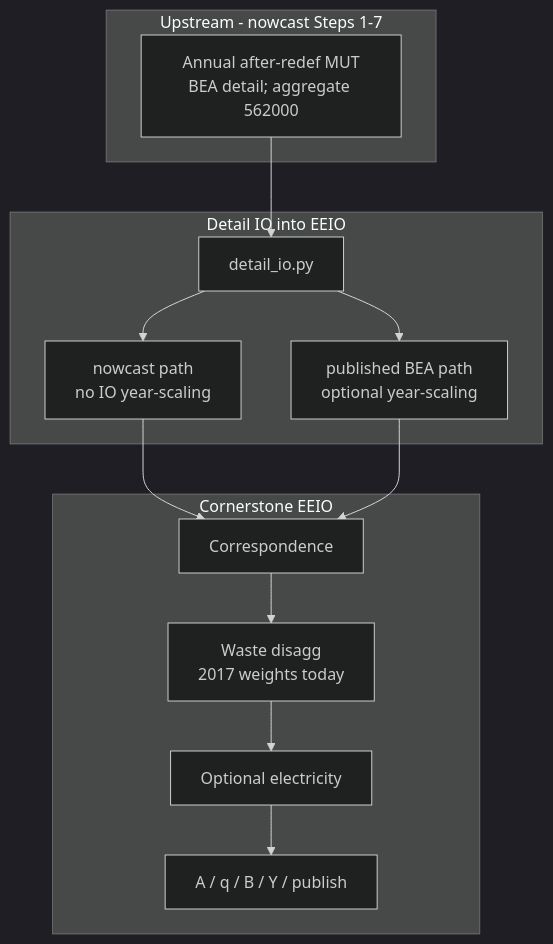
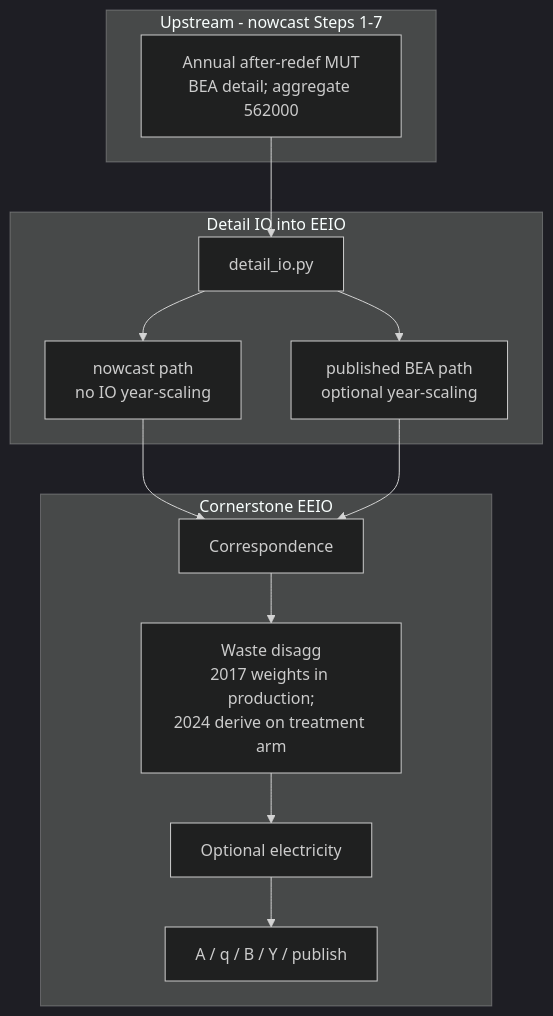
The first of 2 diagrams in bedrock/analysis/nowcasting/waste_disaggregation/feasibility_multi_year_weights.md (cornerstone-data/bedrock), drawn with Mermaid (dark theme) before and after one commit. The commit also changed other lines of this file and 36 other files, not shown here.

Commit message:
Implement 2024 waste disagg csvs

````diff
--- a/bedrock/analysis/nowcasting/waste_disaggregation/feasibility_multi_year_weights.md
+++ b/bedrock/analysis/nowcasting/waste_disaggregation/feasibility_multi_year_weights.md
@@ -79,21 +96,21 @@
 ```mermaid
 flowchart TD
   subgraph upstream [Upstream - nowcast Steps 1-7]
     MUT["Annual after-redef MUT<br/>BEA detail; aggregate 562000"]
   end
   subgraph ioPath [Detail IO into EEIO]
     Router["detail_io.py"]
     NowcastLoad["nowcast path<br/>no IO year-scaling"]
     LegacyLoad["published BEA path<br/>optional year-scaling"]
   end
   subgraph eeio [Cornerstone EEIO]
     Corresp["Correspondence"]
-    Waste["Waste disagg<br/>2017 weights today"]
+    Waste["Waste disagg<br/>2017 weights in production;<br/>2024 derive on treatment arm"]
     Elec["Optional electricity"]
     Downstream["A / q / B / Y / publish"]
   end
   MUT --> Router
   Router --> NowcastLoad --> Corresp
   Router --> LegacyLoad --> Corresp
   Corresp --> Waste --> Elec --> Downstream
 ```
````
